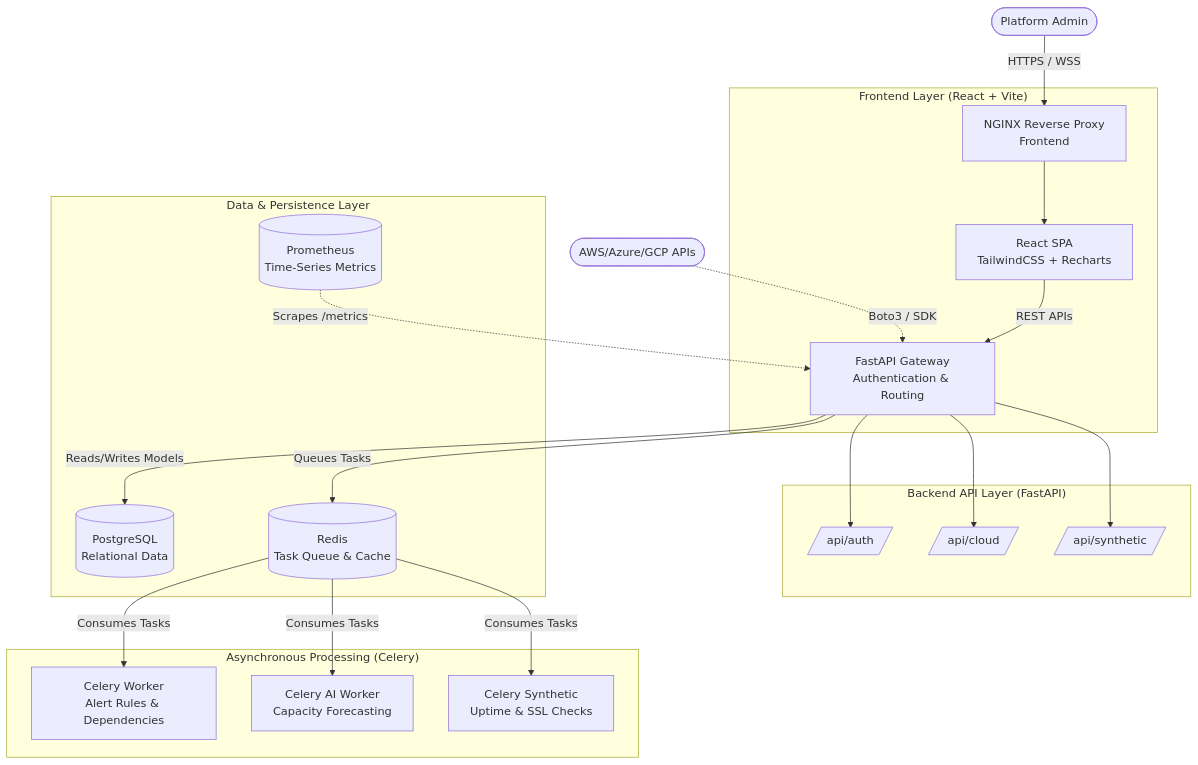
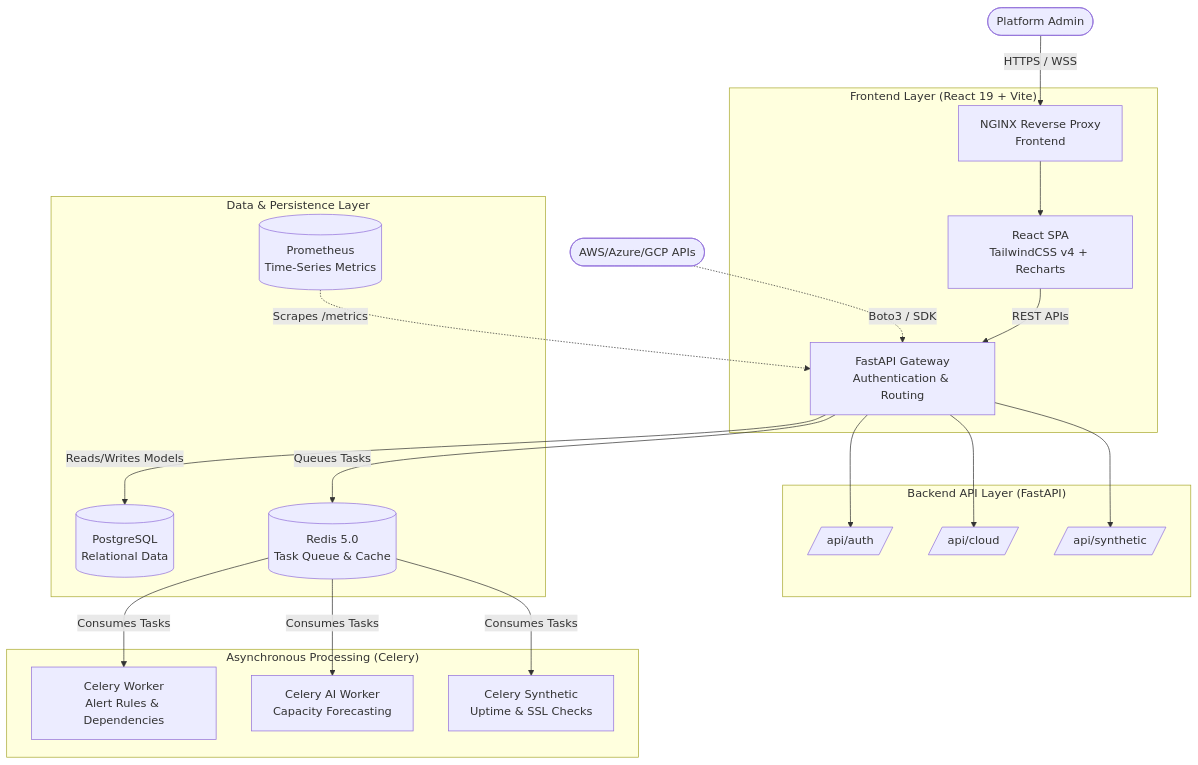
One commit to Anand-Bora-0001/cloud-monitoring-dashboard changed the diagram in README.md. Above: the diagram before and after it, drawn with Mermaid. The commit also changed other lines of this file, not shown here.

````diff
--- a/README.md
+++ b/README.md
@@ -24,44 +33,44 @@
 ```mermaid
 graph TD
     %% Users and Entry Points
     User([Platform Admin]) -->|HTTPS / WSS| Nginx[NGINX Reverse Proxy\nFrontend]
     ExternalServices([AWS/Azure/GCP APIs]) -.->|Boto3 / SDK| FastAPI
     
     %% Frontend Layer
-    subgraph "Frontend Layer (React + Vite)"
-        Nginx --> React[React SPA\nTailwindCSS + Recharts]
+    subgraph "Frontend Layer (React 19 + Vite)"
+        Nginx --> React[React SPA\nTailwindCSS v4 + Recharts]
         React -->|REST APIs| FastAPI
     end
 
     %% Backend API Layer
     subgraph "Backend API Layer (FastAPI)"
         FastAPI[FastAPI Gateway\nAuthentication & Routing]
         FastAPI --> AuthRouter[/api/auth/]
         FastAPI --> CloudRouter[/api/cloud/]
         FastAPI --> SyntheticRouter[/api/synthetic/]
     end
 
     %% Asynchronous Worker Layer
     subgraph "Asynchronous Processing (Celery)"
         CeleryWorker[Celery Worker\nAlert Rules & Dependencies]
         CeleryAIWorker[Celery AI Worker\nCapacity Forecasting]
         CelerySynthetic[Celery Synthetic\nUptime & SSL Checks]
     end
 
     %% Data & State Persistence Layer
     subgraph "Data & Persistence Layer"
         Postgres[(PostgreSQL\nRelational Data)]
-        Redis[(Redis\nTask Queue & Cache)]
+        Redis[(Redis 5.0\nTask Queue & Cache)]
         Prometheus[(Prometheus\nTime-Series Metrics)]
     end
 
     %% Communication Flows
     FastAPI -->|Reads/Writes Models| Postgres
     FastAPI -->|Queues Tasks| Redis
     Redis -->|Consumes Tasks| CeleryWorker
     Redis -->|Consumes Tasks| CeleryAIWorker
     Redis -->|Consumes Tasks| CelerySynthetic
     
     %% Exporters and Monitoring
     Prometheus -.->|Scrapes /metrics| FastAPI
 ```
````
